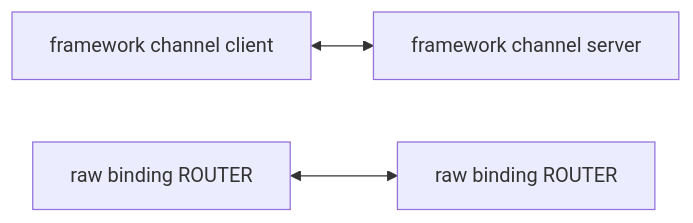
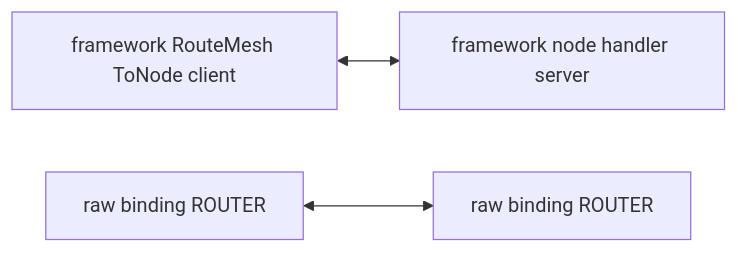
One commit to zlink-systems/zlink changed the diagram in framework/bench/grpc/README.en.md. Above: the diagram before and after it, drawn with Mermaid. The commit also changed other lines of this file and 1 other file, not shown here.

First line of the commit message:
docs(bench): gRPC 비교는 ROUTER↔ROUTER RID 직접·RouteMesh ToNode·server 1개, request-window 제외

````diff
--- a/framework/bench/grpc/README.en.md
+++ b/framework/bench/grpc/README.en.md
@@ -56,5 +57,5 @@
 ```mermaid
 flowchart LR
-    FC[framework channel client] <--> FS[framework channel server]
+    FC[framework RouteMesh ToNode client] <--> FS[framework node handler server]
     RC[raw binding ROUTER] <--> RS[raw binding ROUTER]
 ```
````
